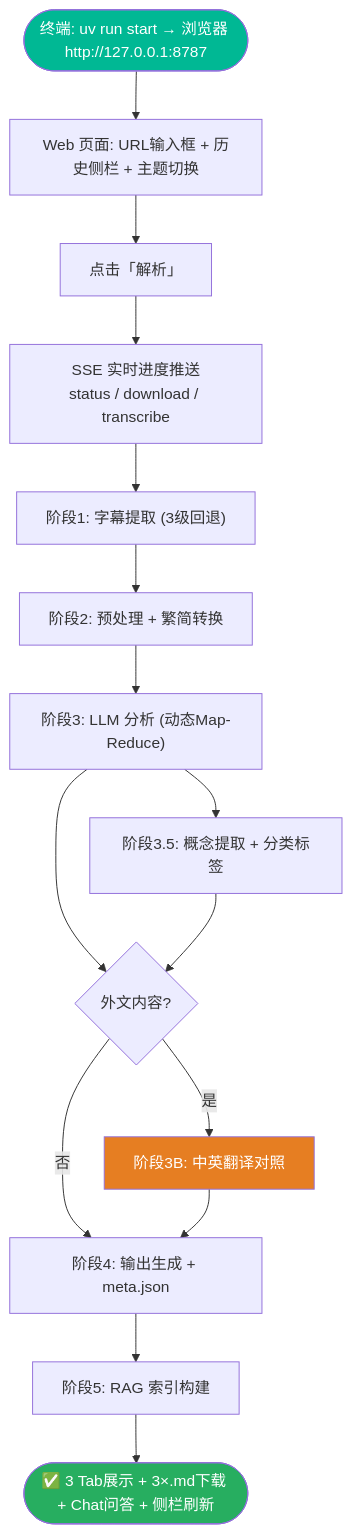
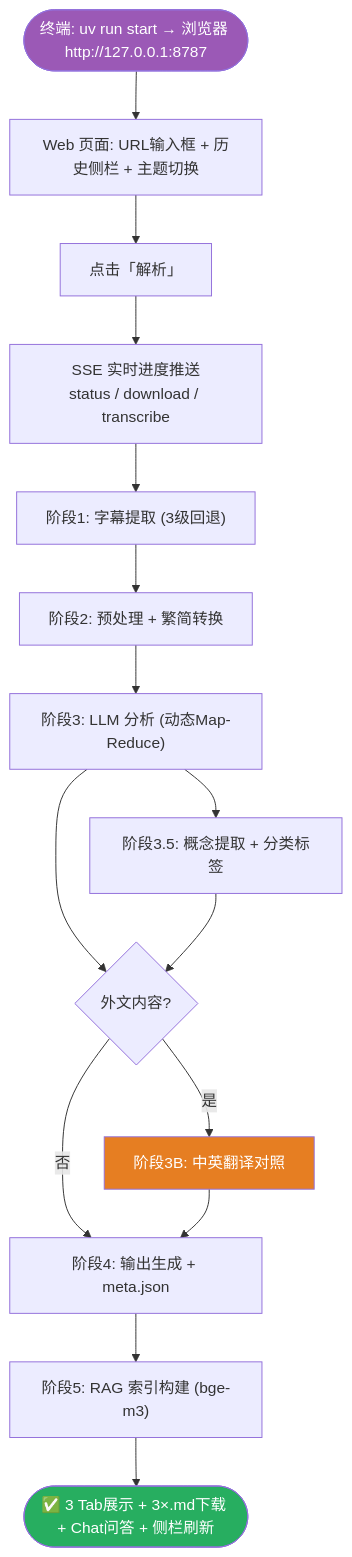
One commit to zoneby-Alex/scan changed the first of 9 diagrams in 迭代文档/流程图.md. Above: the diagram before and after it, drawn with Mermaid. The commit also changed other lines of this file and 18 other files, not shown here.

````diff
--- a/迭代文档/流程图.md
+++ b/迭代文档/流程图.md
@@ -7,22 +7,22 @@
 ```mermaid
 flowchart TD
     START(["终端: uv run start → 浏览器 http://127.0.0.1:8787"]) --> UI["Web 页面: URL输入框 + 历史侧栏 + 主题切换"]
     UI --> CLICK["点击「解析」"]
     CLICK --> SSE["SSE 实时进度推送<br/>status / download / transcribe"]
     
     SSE --> P1["阶段1: 字幕提取 (3级回退)"]
     P1 --> P2["阶段2: 预处理 + 繁简转换"]
     P2 --> P3["阶段3: LLM 分析 (动态Map-Reduce)"]
     P3 --> P3B{"外文内容?"}
     P3B -->|"是"| TRANS["阶段3B: 中英翻译对照"]
     P3 --> P3_5["阶段3.5: 概念提取 + 分类标签"]
     P3_5 --> P3B
     P3B -->|"否"| P4
     TRANS --> P4["阶段4: 输出生成 + meta.json"]
-    P4 --> P5["阶段5: RAG 索引构建"]
+    P4 --> P5["阶段5: RAG 索引构建 (bge-m3)"]
     P5 --> DONE(["✅ 3 Tab展示 + 3×.md下载 + Chat问答 + 侧栏刷新"])
-    
-    style START fill:#00b894,color:#fff
+
+    style START fill:#9b59b6,color:#fff
     style DONE fill:#27ae60,color:#fff
     style TRANS fill:#e67e22,color:#fff
 ```
````
